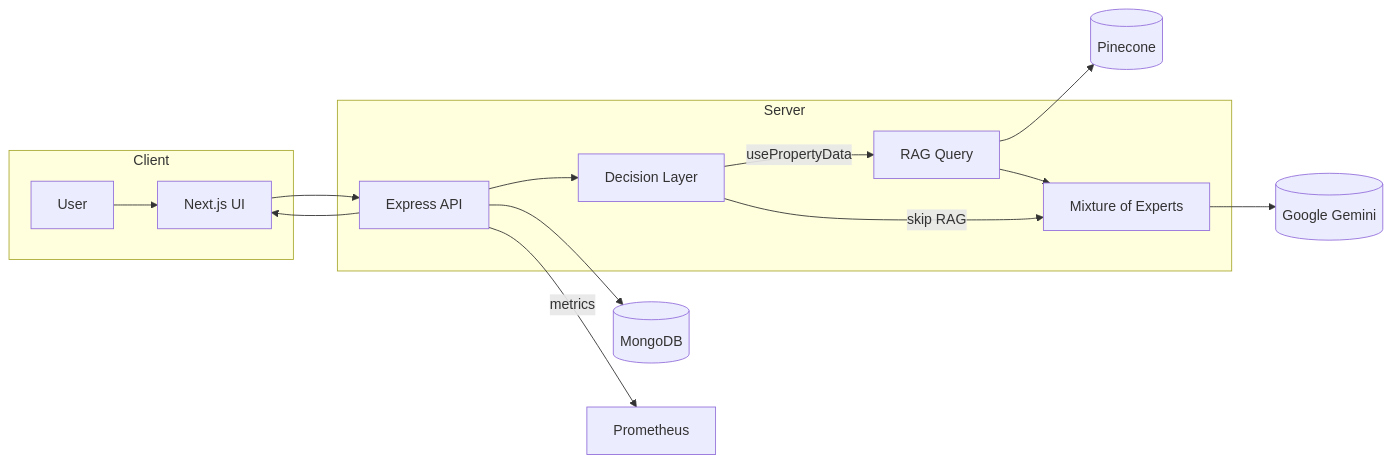
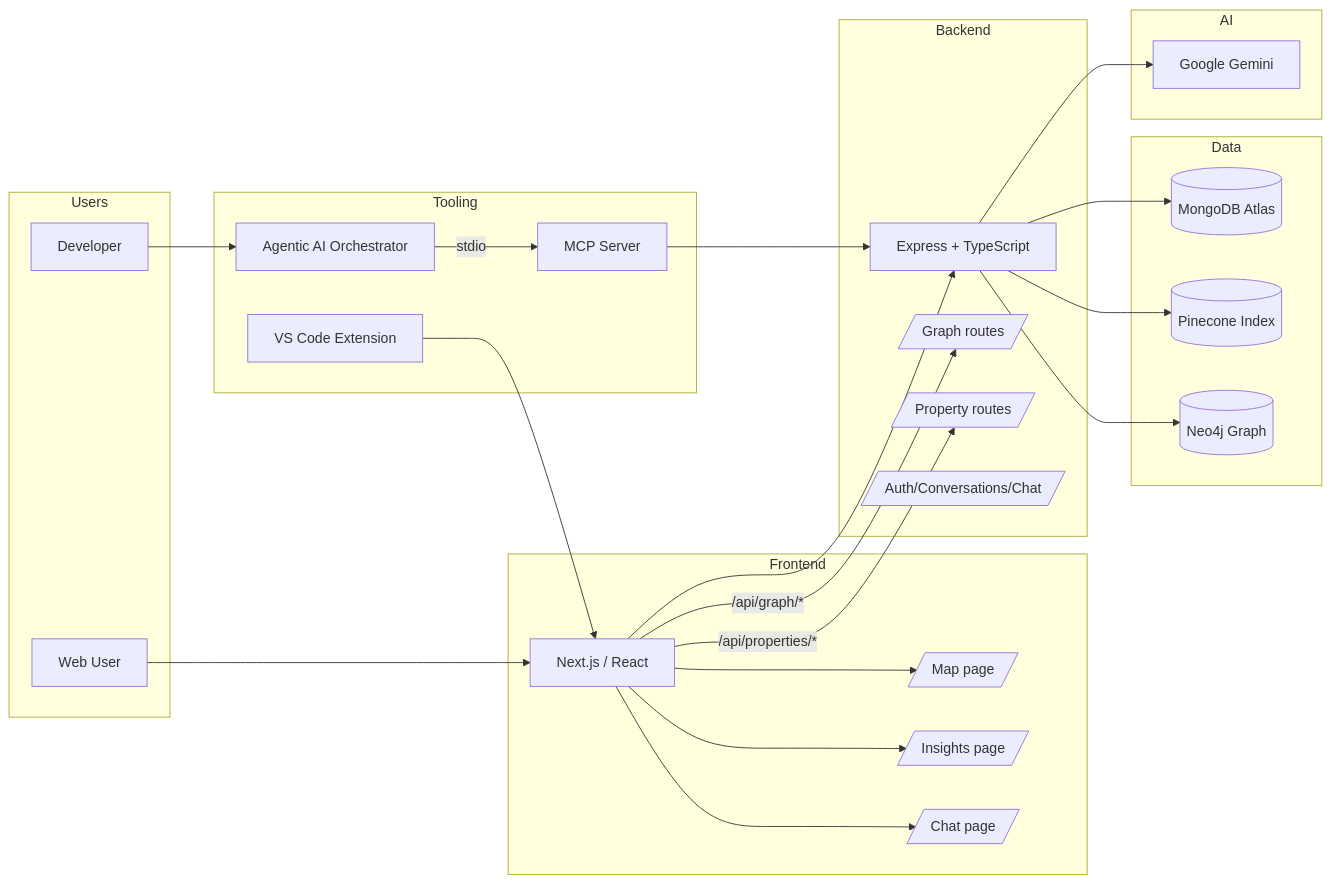
The first of 20 diagrams in ARCHITECTURE.md (joonseolee/EstateWise-Chapel-Hill-Chatbot), drawn with Mermaid before and after one commit. The commit also changed other lines of this file and 5 other files, not shown here.

Commit message:
feat(ui-api): enhance app UI and integrate Neo4j graph DB to app

````diff
--- a/ARCHITECTURE.md
+++ b/ARCHITECTURE.md
@@ -7,25 +9,45 @@
 ```mermaid
 flowchart LR
-    subgraph Client
-        U[User]
-        F[Next.js UI]
-    end
-    subgraph Server
-        API[Express API]
-        DL[Decision Layer]
-        RAG[RAG Query]
-        MoE[Mixture of Experts]
-    end
-    DB[(MongoDB)]
-    PC[(Pinecone)]
-    GM[(Google Gemini)]
-    U --> F --> API
-    API --> DL -->|usePropertyData| RAG
-    RAG --> PC
-    RAG --> MoE
-    DL -->|skip RAG| MoE
-    MoE --> GM
-    API --> DB
-    API -->|metrics| Prom[Prometheus]
-    API --> F
+  subgraph Users
+    U[Web User]
+    Dev[Developer]
+  end
+  subgraph Frontend
+    FE[Next.js / React]
+    Map[/Map page/]
+    Insights[/Insights page/]
+    Chat[/Chat page/]
+  end
+  subgraph Backend
+    API[Express + TypeScript]
+    GraphAPI[/Graph routes/]
+    PropAPI[/Property routes/]
+    AuthAPI[/Auth/Conversations/Chat/]
+  end
+  subgraph Data
+    Mongo[(MongoDB Atlas)]
+    Pinecone[(Pinecone Index)]
+    Neo4j[(Neo4j Graph)]
+  end
+  subgraph AI
+    Gemini[Google Gemini]
+  end
+  subgraph Tooling
+    MCP[MCP Server]
+    Agentic[Agentic AI Orchestrator]
+    VSX[VS Code Extension]
+  end
+
+  U --> FE --> API
+  FE -->|/api/graph/*| GraphAPI
+  FE -->|/api/properties/*| PropAPI
+  API --> Mongo
+  API --> Pinecone
+  API --> Neo4j
+  API --> Gemini
+  Dev --> Agentic -->|stdio| MCP --> API
+  VSX --> FE
+  FE --> Map
+  FE --> Insights
+  FE --> Chat
 ```
````
